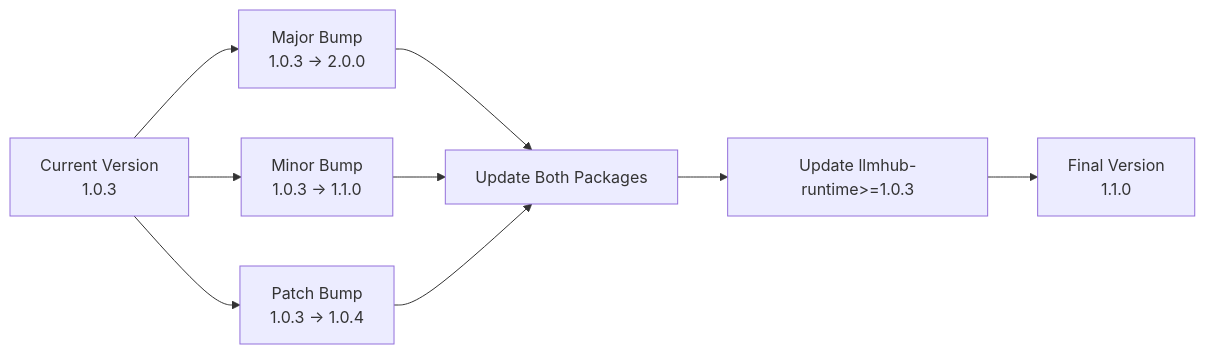
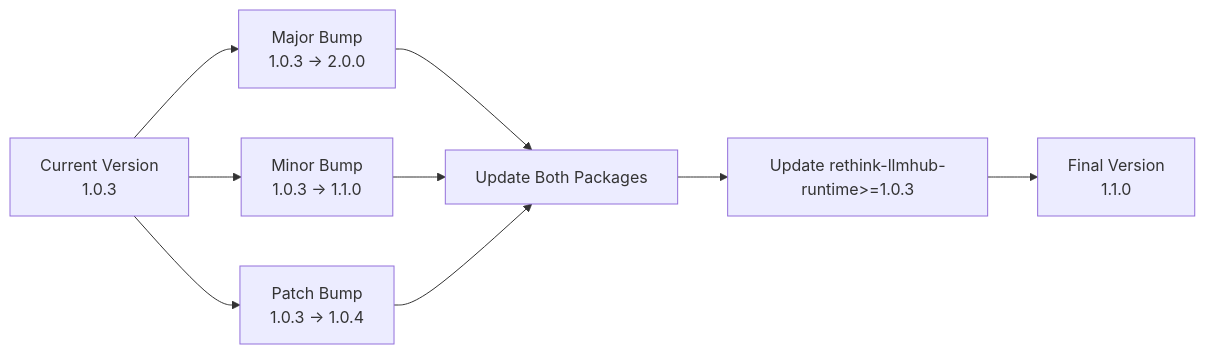
One commit to rethink-paradigms/llm-hub changed the second of 4 diagrams in .qoder/repowiki/en/content/Advanced Topics/Release Management.md. Above: the diagram before and after it, drawn with Mermaid. The commit also changed other lines of this file and 4 other files, not shown here.

````diff
--- a/.qoder/repowiki/en/content/Advanced Topics/Release Management.md
+++ b/.qoder/repowiki/en/content/Advanced Topics/Release Management.md
@@ -103,11 +115,11 @@
 ```mermaid
 flowchart LR
 CurrentVersion["Current Version<br/>1.0.3"] --> MajorBump["Major Bump<br/>1.0.3 → 2.0.0"]
 CurrentVersion --> MinorBump["Minor Bump<br/>1.0.3 → 1.1.0"]
 CurrentVersion --> PatchBump["Patch Bump<br/>1.0.3 → 1.0.4"]
 MajorBump --> UpdateBoth["Update Both Packages"]
 MinorBump --> UpdateBoth
 PatchBump --> UpdateBoth
-UpdateBoth --> DependencyUpdate["Update llmhub-runtime>=1.0.3"]
+UpdateBoth --> DependencyUpdate["Update rethink-llmhub-runtime>=1.0.3"]
 DependencyUpdate --> FinalVersion["Final Version<br/>1.1.0"]
 ```
````
